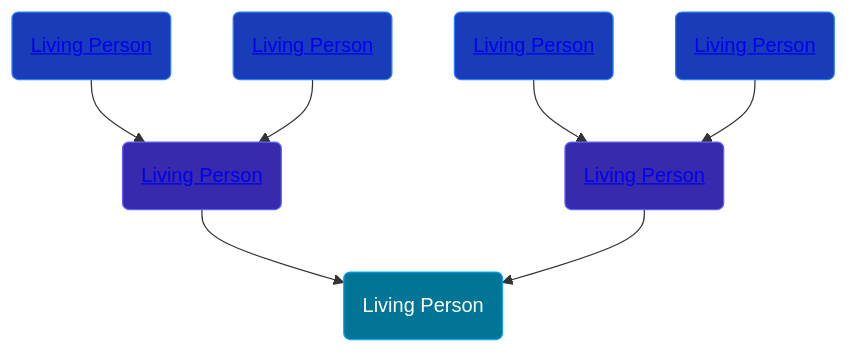
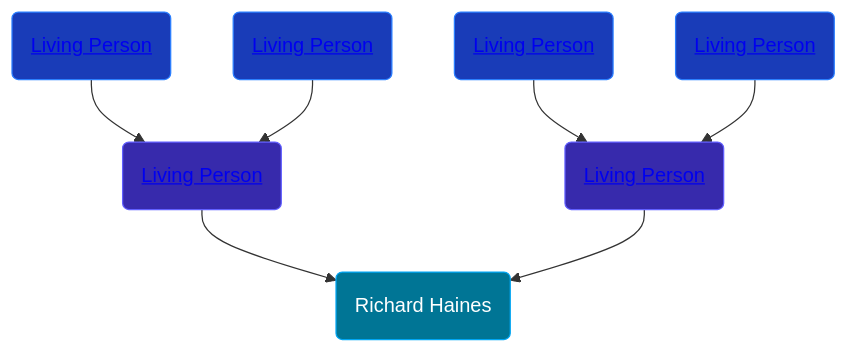
Before and after one commit to wpmgotkh/wpmgotkh.github.io: the diagram in pages/people/2/25122588.md, drawn with Mermaid. The commit also changed other lines of this file and 586 other files, not shown here.

Commit message:
feat: better shouldConsiderPersonLiving algo

````diff
--- a/pages/people/2/25122588.md
+++ b/pages/people/2/25122588.md
@@ -10,13 +10,13 @@
 ```mermaid
 graph
 classDef grands fill:#193cb8,stroke:#2b7fff,stroke-width:1px,color:#fff;
 classDef parents fill:#372aac,stroke:#615fff,stroke-width:1px,color:#fff;
 classDef primary fill:#007595,stroke:#00a6f4,stroke-width:1px,color:#fff;
-25122588(Living Person):::primary
+25122588(Richard Haines):::primary
 2215969(<a class="text-white" href="/people/2/2215969">Living Person</a>):::parents-->25122588
 37928171(<a class="text-white" href="/people/3/37928171">Living Person</a>):::grands-->2215969
 14375808(<a class="text-white" href="/people/1/14375808">Living Person</a>):::grands-->2215969
 66828208(<a class="text-white" href="/people/6/66828208">Living Person</a>):::parents-->25122588
 47741434(<a class="text-white" href="/people/4/47741434">Living Person</a>):::grands-->66828208
 33194076(<a class="text-white" href="/people/3/33194076">Living Person</a>):::grands-->66828208
 ```
````
